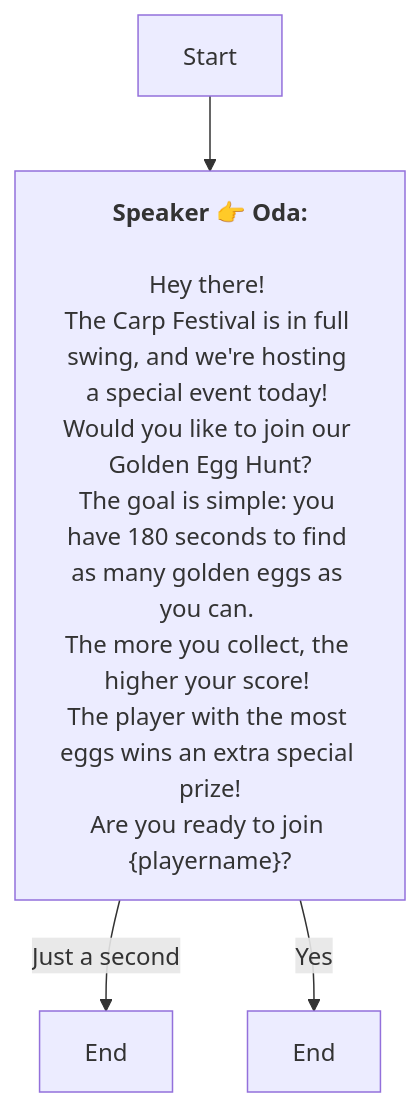
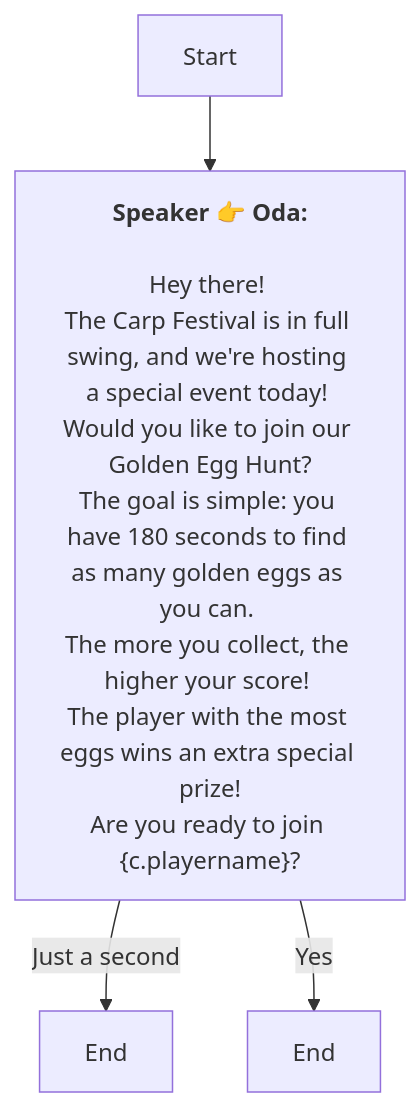
Before and after one commit to SoftHu/tos_avg: the diagram in Zh/QuestTalkObjectiveNode_1768889928343338.md, drawn with Mermaid. The commit also changed 410 other files, not shown here.

````diff
--- a/Zh/QuestTalkObjectiveNode_1768889928343338.md
+++ b/Zh/QuestTalkObjectiveNode_1768889928343338.md
@@ -1,12 +1,12 @@
 ```mermaid
 graph
 Start -->1768890085543728[<b>Speaker 👉 Oda:</b>
 \nHey there! 
 The Carp Festival is in full swing, and we're hosting a special event today! 
 Would you like to join our Golden Egg Hunt?\nThe goal is simple: you have 180 seconds to find as many golden eggs as you can. 
 The more you collect, the higher your score! 
-The player with the most eggs wins an extra special prize!\nAre you ready to join &lbrace;playername&rbrace;?]
+The player with the most eggs wins an extra special prize!\nAre you ready to join &lbrace;c.playername&rbrace;?]
 1768890085543728 -->|Just a second|1770206532074583[End]
 1768890085543728 -->|Yes|1768890258964276[End]
 
 ```
````
